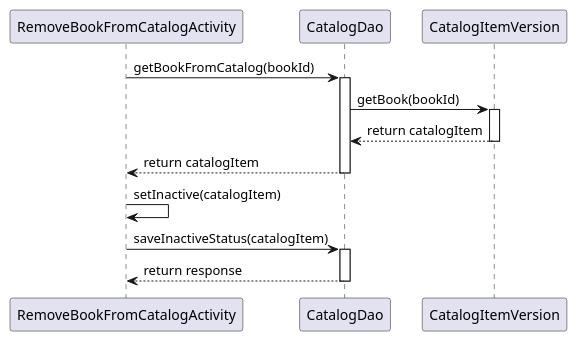
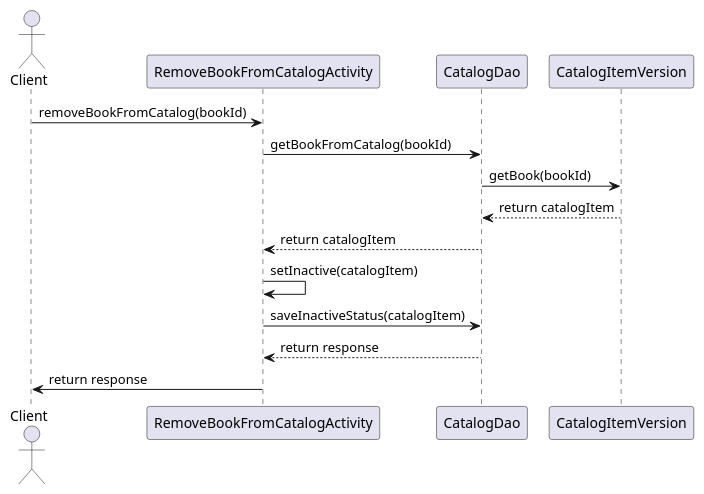
Before and after one commit to chmsly/KindlePublishingService: the diagram in src/resources/mastery-task1-remove-book-SD.puml, drawn with PlantUML. The commit also changed other lines of this file, not shown here.

```diff
--- a/src/resources/mastery-task1-remove-book-SD.puml
+++ b/src/resources/mastery-task1-remove-book-SD.puml
@@ -1,22 +1,20 @@
 @startuml
 
 
+actor Client
 participant RemoveBookFromCatalogActivity
 participant CatalogDao
 participant CatalogItemVersion
 
+
+Client -> RemoveBookFromCatalogActivity: removeBookFromCatalog(bookId)
 RemoveBookFromCatalogActivity -> CatalogDao: getBookFromCatalog(bookId)
-activate CatalogDao
 CatalogDao -> CatalogItemVersion: getBook(bookId)
-activate CatalogItemVersion
 CatalogItemVersion --> CatalogDao: return catalogItem
-deactivate CatalogItemVersion
 CatalogDao -->RemoveBookFromCatalogActivity: return catalogItem
-deactivate CatalogDao
 RemoveBookFromCatalogActivity -> RemoveBookFromCatalogActivity: setInactive(catalogItem)
 RemoveBookFromCatalogActivity ->CatalogDao: saveInactiveStatus(catalogItem)
-activate CatalogDao
 CatalogDao --> RemoveBookFromCatalogActivity: return response
-deactivate CatalogDao
+RemoveBookFromCatalogActivity -> Client: return response
 
 @enduml
```
